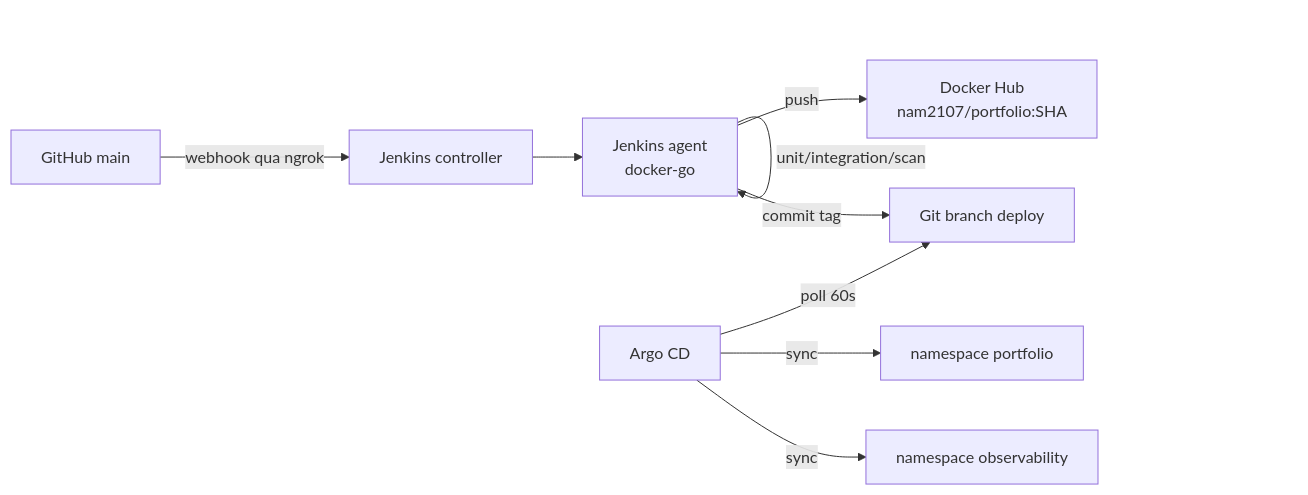
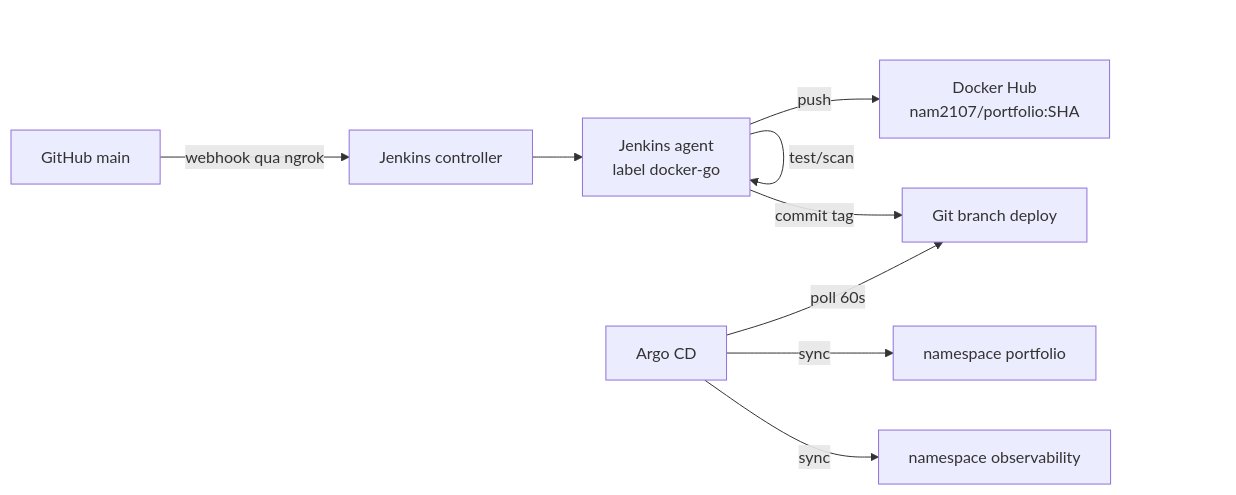
One commit to zetasuna/portfolio changed the second of 2 diagrams in readme.md. Above: the diagram before and after it, drawn with Mermaid. The commit also changed other lines of this file, not shown here.

````diff
--- a/readme.md
+++ b/readme.md
@@ -265,11 +71,11 @@
 ```mermaid
 flowchart LR
   GH[GitHub main] -- webhook qua ngrok --> J[Jenkins controller]
-  J --> A[Jenkins agent<br/>docker-go]
-  A -- unit/integration/scan --> A
+  J --> A[Jenkins agent<br/>label docker-go]
+  A -- test/scan --> A
   A -- push --> DH[Docker Hub<br/>nam2107/portfolio:SHA]
   A -- commit tag --> GB[Git branch deploy]
   AC[Argo CD] -- poll 60s --> GB
   AC -- sync --> P[namespace portfolio]
   AC -- sync --> O[namespace observability]
 ```
````
